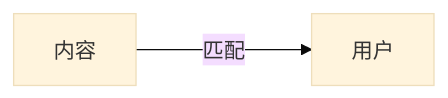
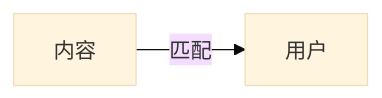
One commit to csliujw/CodeNotes changed diagram 17 of 19 in 中间件/Redis-实战.md. Above: the diagram before and after it, drawn with Mermaid (base theme). The commit also changed other lines of this file and 27 other files, not shown here.

Commit message:
整合笔记内容，清理部分无用图片，新增部分读书笔记

````diff
--- a/中间件/Redis-实战.md
+++ b/中间件/Redis-实战.md
@@ -2165,4 +3106,4 @@
 ```mermaid
 graph LR
-内容--->|匹配|用户
+内容-->|匹配|用户
 ```
````
